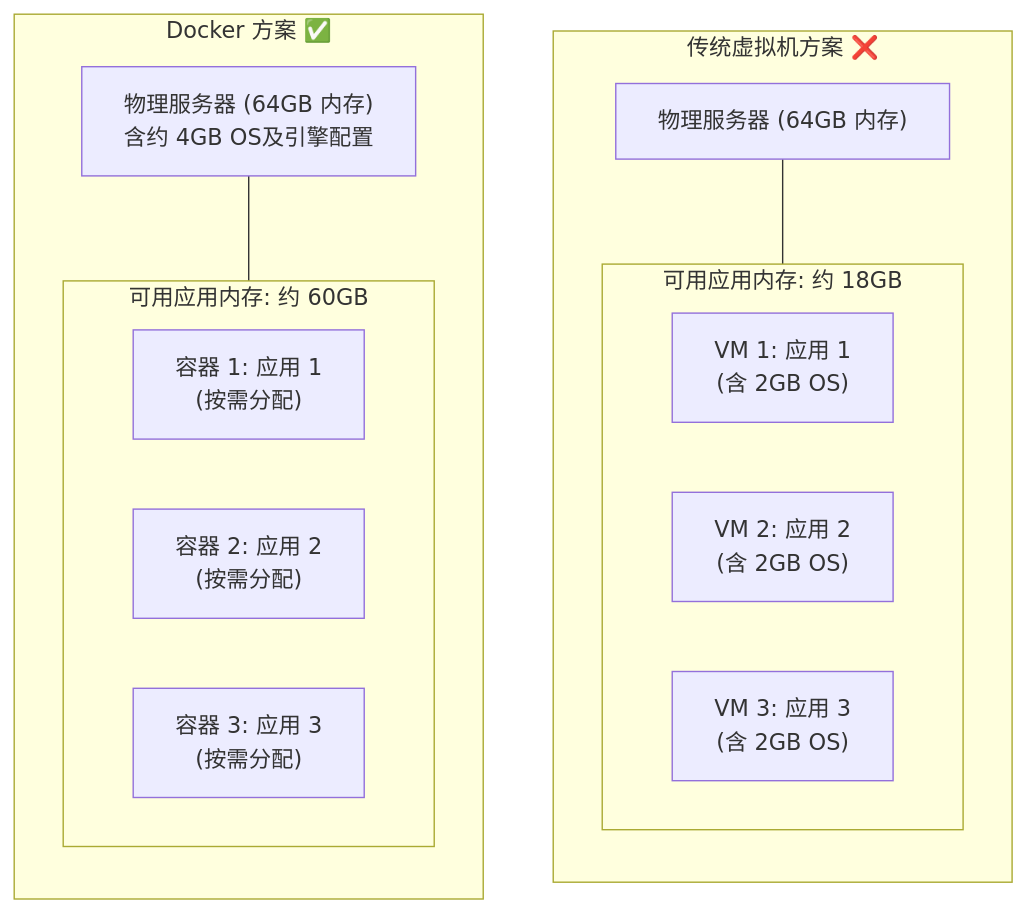
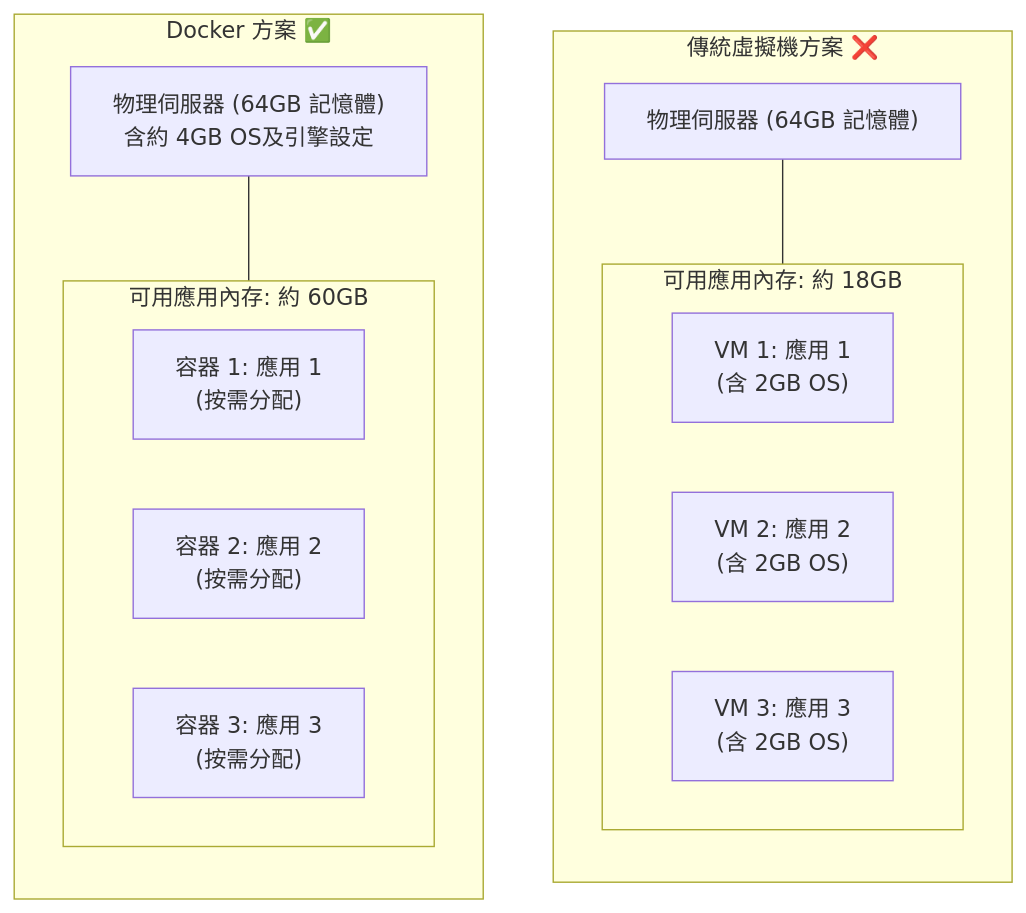
One commit to doggy8088/docker_practice changed the second of 4 diagrams in 01_introduction/1.3_why.md. Above: the diagram before and after it, drawn with Mermaid. The commit also changed other lines of this file and 210 other files, not shown here.

````diff
--- a/01_introduction/1.3_why.md
+++ b/01_introduction/1.3_why.md
@@ -107,26 +107,26 @@
 ```mermaid
 flowchart TD
-    subgraph VM ["传统虚拟机方案 ❌"]
+    subgraph VM ["傳統虛擬機方案 ❌"]
         direction TB
-        Server1["物理服务器 (64GB 内存)"]
-        subgraph VMs ["可用应用内存: 约 18GB"]
+        Server1["物理伺服器 (64GB 記憶體)"]
+        subgraph VMs ["可用應用內存: 約 18GB"]
             direction LR
-            VM1["VM 1: 应用 1<br/>(含 2GB OS)"]
-            VM2["VM 2: 应用 2<br/>(含 2GB OS)"]
-            VM3["VM 3: 应用 3<br/>(含 2GB OS)"]
+            VM1["VM 1: 應用 1<br/>(含 2GB OS)"]
+            VM2["VM 2: 應用 2<br/>(含 2GB OS)"]
+            VM3["VM 3: 應用 3<br/>(含 2GB OS)"]
         end
         Server1 --- VMs
     end
 
     subgraph Docker ["Docker 方案 ✅"]
         direction TB
-        Server2["物理服务器 (64GB 内存)<br/>含约 4GB OS及引擎配置"]
-        subgraph Containers ["可用应用内存: 约 60GB"]
+        Server2["物理伺服器 (64GB 記憶體)<br/>含約 4GB OS及引擎設定"]
+        subgraph Containers ["可用應用內存: 約 60GB"]
             direction LR
-            C1["容器 1: 应用 1<br/>(按需分配)"]
-            C2["容器 2: 应用 2<br/>(按需分配)"]
-            C3["容器 3: 应用 3<br/>(按需分配)"]
+            C1["容器 1: 應用 1<br/>(按需分配)"]
+            C2["容器 2: 應用 2<br/>(按需分配)"]
+            C3["容器 3: 應用 3<br/>(按需分配)"]
         end
         Server2 --- Containers
     end
 ```
````
